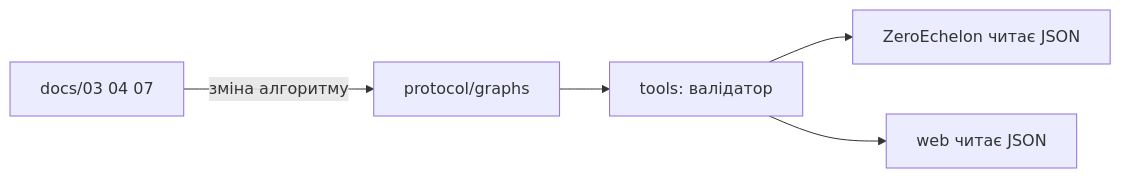
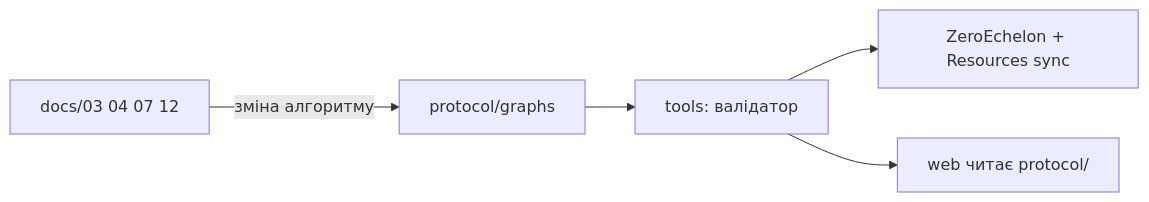
Before and after one commit to kaiserdem/ZeroEchelon: the diagram in docs/13-структура-репозиторію.md, drawn with Mermaid. The commit also changed other lines of this file and 5 other files, not shown here.

````diff
--- a/docs/13-структура-репозиторію.md
+++ b/docs/13-структура-репозиторію.md
@@ -42,7 +42,7 @@
 ```mermaid
 flowchart LR
-  Docs["docs/03 04 07"] -->|"зміна алгоритму"| Proto["protocol/graphs"]
+  Docs["docs/03 04 07 12"] -->|"зміна алгоритму"| Proto["protocol/graphs"]
   Proto --> Valid["tools: валідатор"]
-  Valid --> iOS["ZeroEchelon читає JSON"]
-  Valid --> Web["web читає JSON"]
+  Valid --> iOS["ZeroEchelon + Resources sync"]
+  Valid --> Web["web читає protocol/"]
 ```
````
